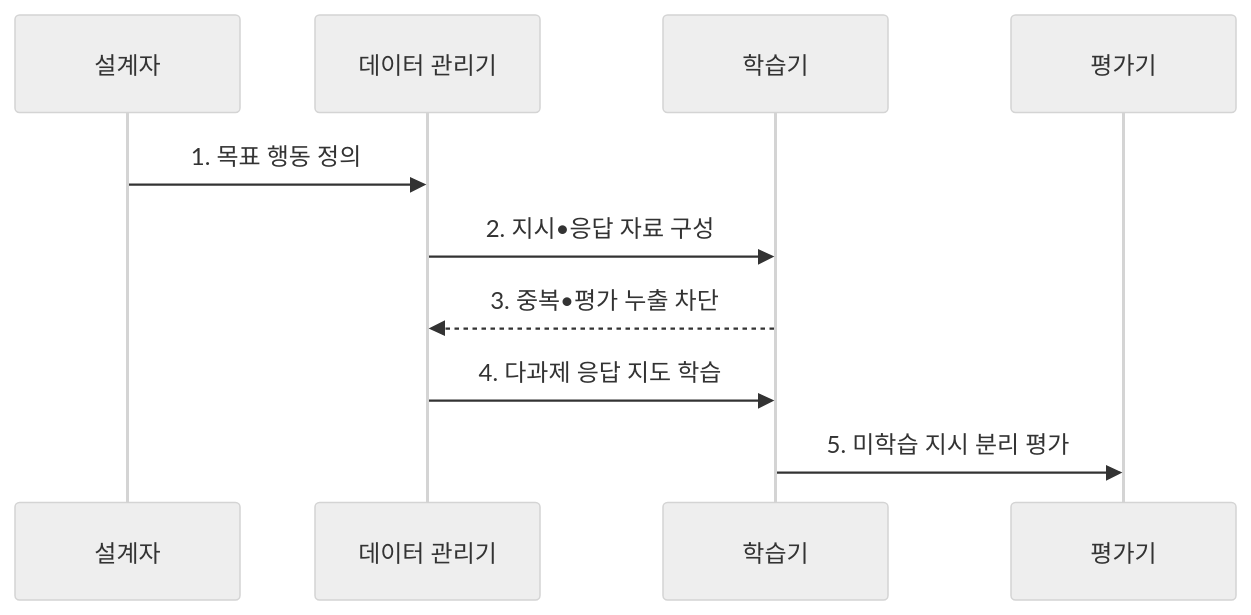
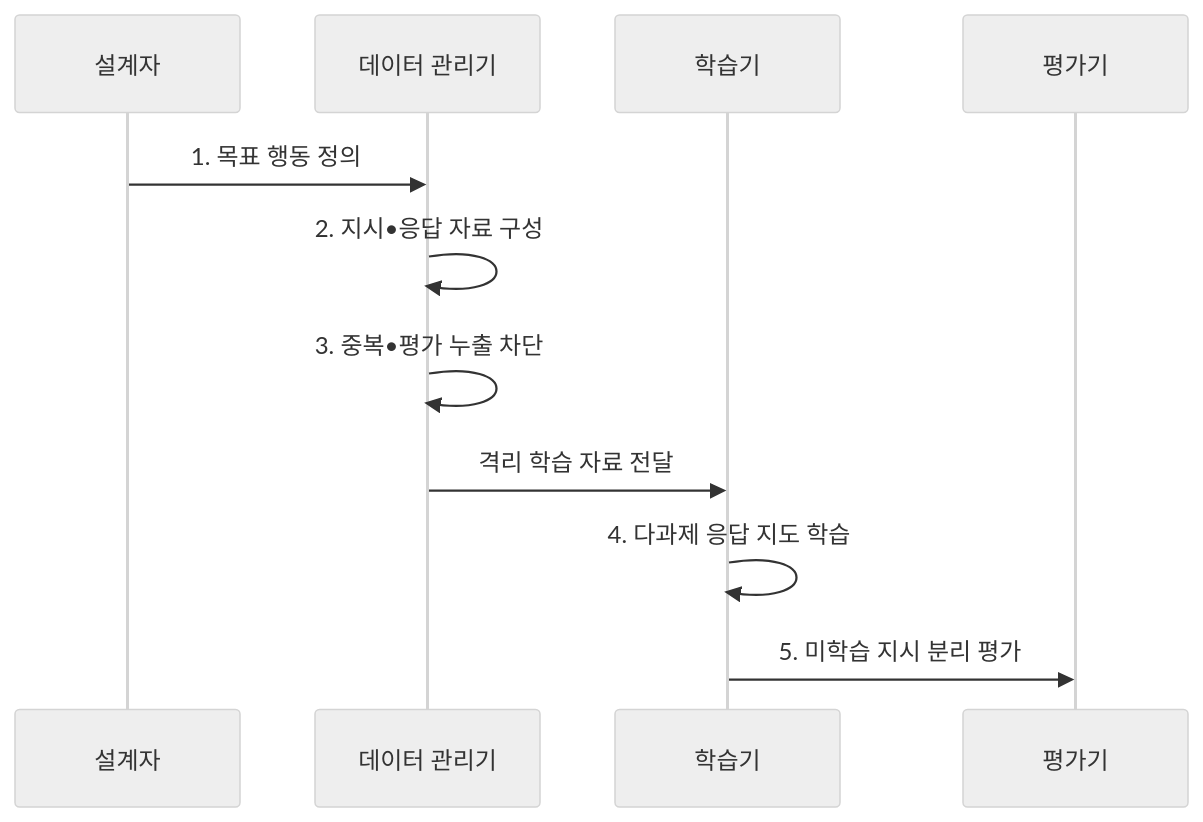
One commit to agnusdei1207/knowledge-base changed the second of 2 diagrams in src/content/docs/notes/08-latest-tech/060_instruction_tuning.md. Above: the diagram before and after it, drawn with Mermaid (neutral theme). The commit also changed other lines of this file and 15 other files, not shown here.

````diff
--- a/src/content/docs/notes/08-latest-tech/060_instruction_tuning.md
+++ b/src/content/docs/notes/08-latest-tech/060_instruction_tuning.md
@@ -105,12 +105,13 @@
 ```mermaid
 sequenceDiagram
   participant S as 설계자
   participant D as 데이터 관리기
   participant T as 학습기
   participant E as 평가기
   S->>D: 1. 목표 행동 정의
-  D->>T: 2. 지시•응답 자료 구성
-  T-->>D: 3. 중복•평가 누출 차단
-  D->>T: 4. 다과제 응답 지도 학습
+  D->>D: 2. 지시•응답 자료 구성
+  D->>D: 3. 중복•평가 누출 차단
+  D->>T: 격리 학습 자료 전달
+  T->>T: 4. 다과제 응답 지도 학습
   T->>E: 5. 미학습 지시 분리 평가
 ```
````
